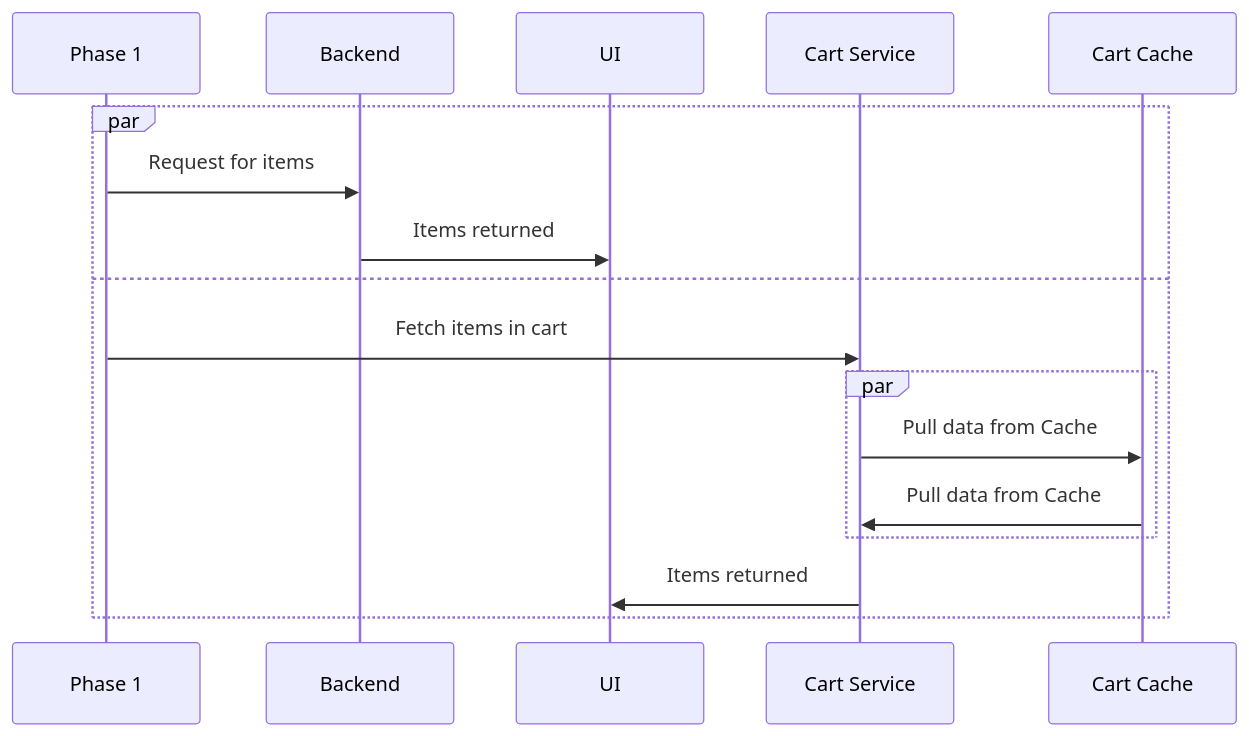
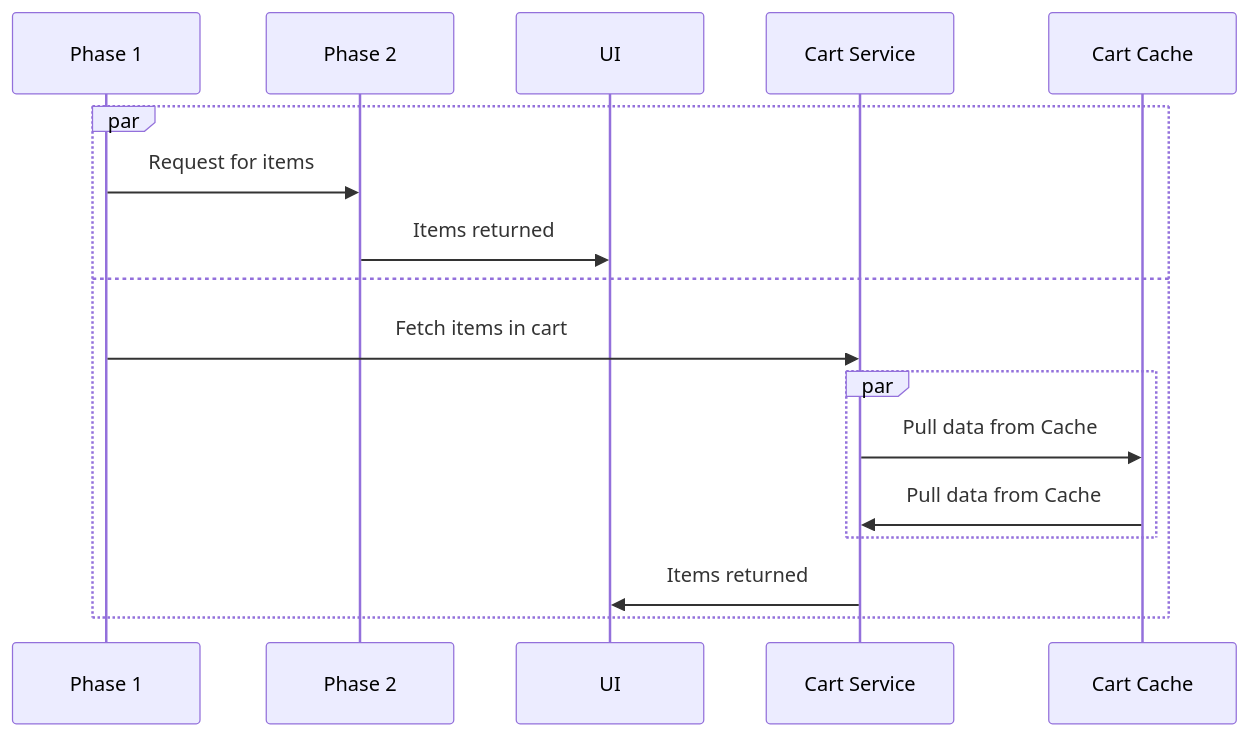
One commit to mgifford/mermaid-graphs changed the second of 2 diagrams in blueprint.md. Above: the diagram before and after it, drawn with Mermaid.

````diff
--- a/blueprint.md
+++ b/blueprint.md
@@ -23,14 +23,14 @@
 ```mermaid
 sequenceDiagram
     par 
-        Phase 1->>Backend: Request for items
-    Backend->>UI: Items returned
+        Phase 1->>Phase 2: Request for items
+    Phase 2->>UI: Items returned
     and 
          Phase 1->>Cart Service: Fetch items in cart
         par 
             Cart Service->>Cart Cache: Pull data from Cache
             Cart Cache->>Cart Service: Pull data from Cache
         end
     Cart Service->>UI: Items returned
     end
 ```
````
